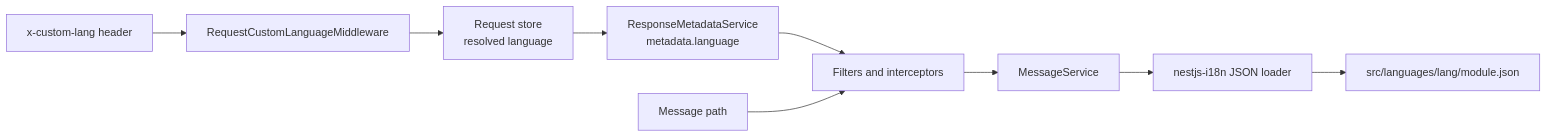
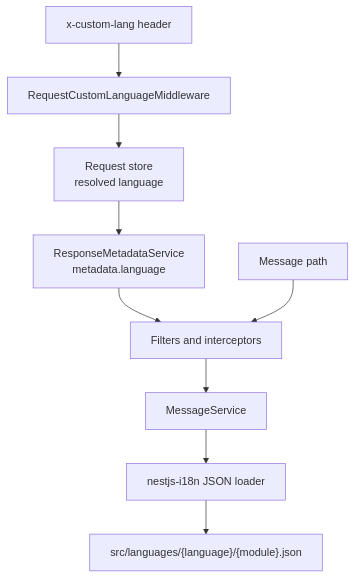
The diagram in docs/concepts/i18n.md (andrechristikan/ack-nestjs-boilerplate), drawn with Mermaid before and after one commit. The commit also changed other lines of this file and 35 other files, not shown here.

Commit message:
docs: draw every diagram top to bottom and match each to its page

````diff
--- a/docs/concepts/i18n.md
+++ b/docs/concepts/i18n.md
@@ -29,11 +31,11 @@
 ```mermaid
-flowchart LR
+flowchart TB
     HDR["x-custom-lang header"] --> MW["RequestCustomLanguageMiddleware"]
     MW --> STORE["Request store<br/>resolved language"]
     STORE --> META["ResponseMetadataService<br/>metadata.language"]
     META --> CALL["Filters and interceptors"]
     PATH["Message path"] --> CALL
     CALL --> SERVICE["MessageService"]
     SERVICE --> I18N["nestjs-i18n JSON loader"]
-    I18N --> FILES["src/languages/lang/module.json"]
+    I18N --> FILES["src/languages/{language}/{module}.json"]
 ```
````
